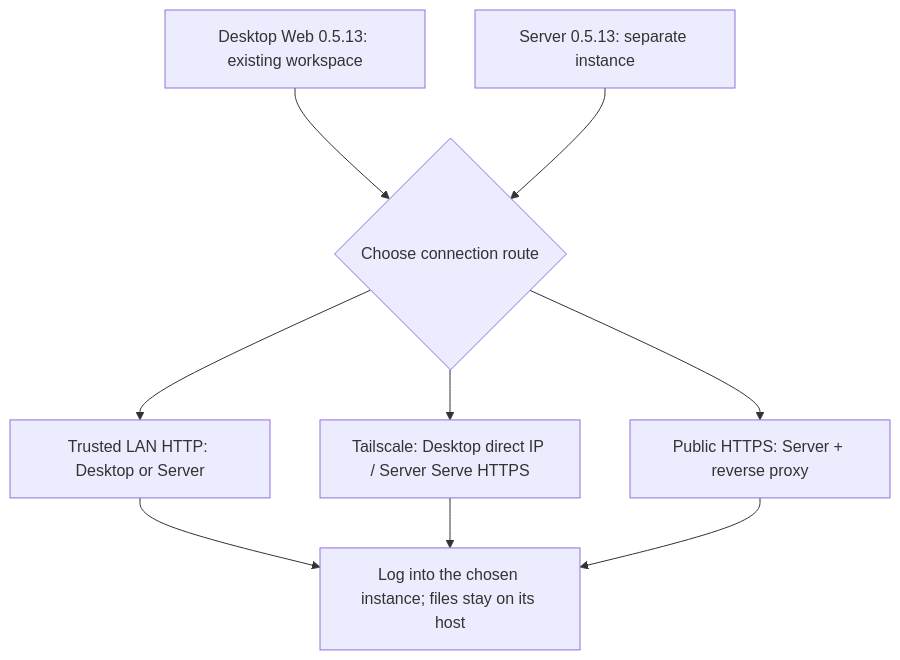
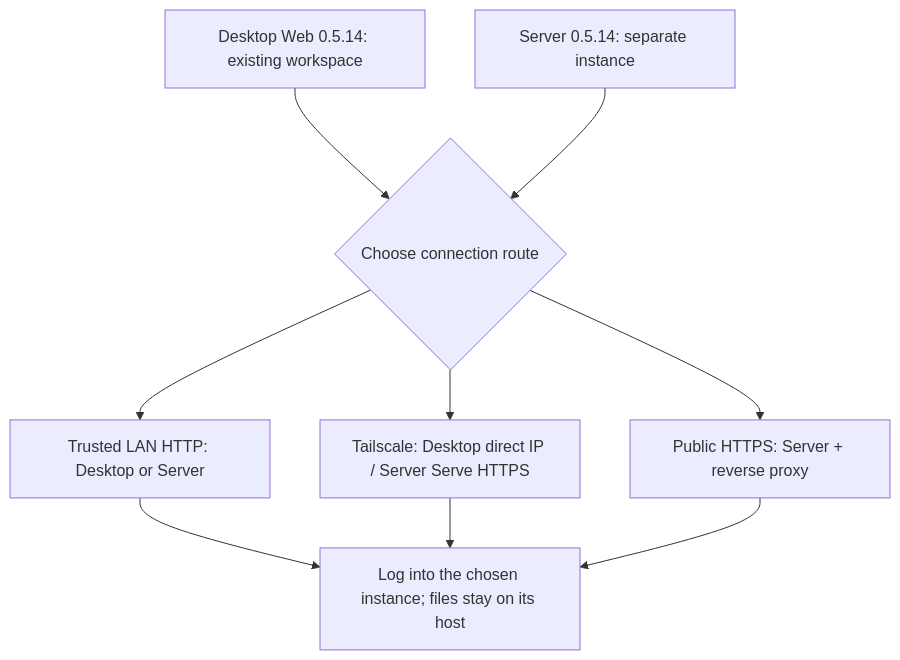
The diagram in website/site/public/assets/diagrams/deployment-choice-en.mmd (murray17/rovai-ai), drawn with Mermaid before and after one commit. The commit also changed 10 other files, not shown here.

```diff
--- a/website/site/public/assets/diagrams/deployment-choice-en.mmd
+++ b/website/site/public/assets/diagrams/deployment-choice-en.mmd
@@ -1,12 +1,12 @@
 flowchart TB
-  desktop["Desktop Web 0.5.13: existing workspace"]
-  server["Server 0.5.13: separate instance"]
+  desktop["Desktop Web 0.5.14: existing workspace"]
+  server["Server 0.5.14: separate instance"]
   choice{"Choose connection route"}
   desktop --> choice
   server --> choice
   choice --> lan["Trusted LAN HTTP: Desktop or Server"]
   choice --> ts["Tailscale: Desktop direct IP / Server Serve HTTPS"]
   choice --> public["Public HTTPS: Server + reverse proxy"]
   lan --> login["Log into the chosen instance; files stay on its host"]
   ts --> login
   public --> login
```
